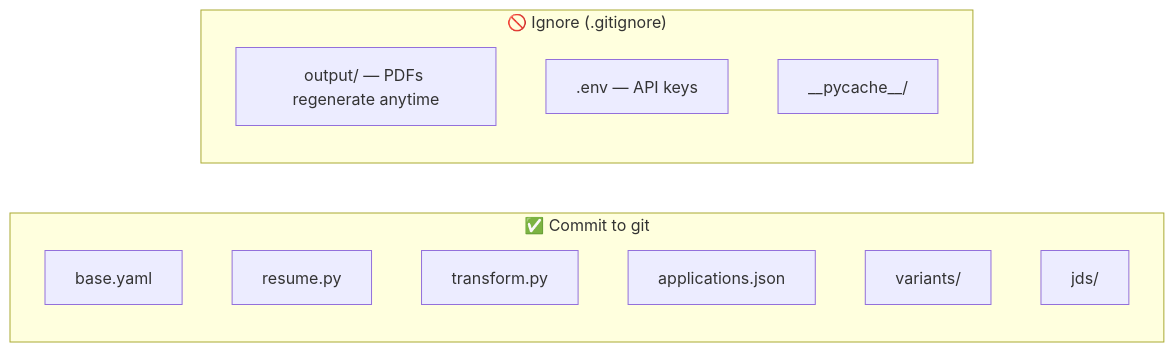
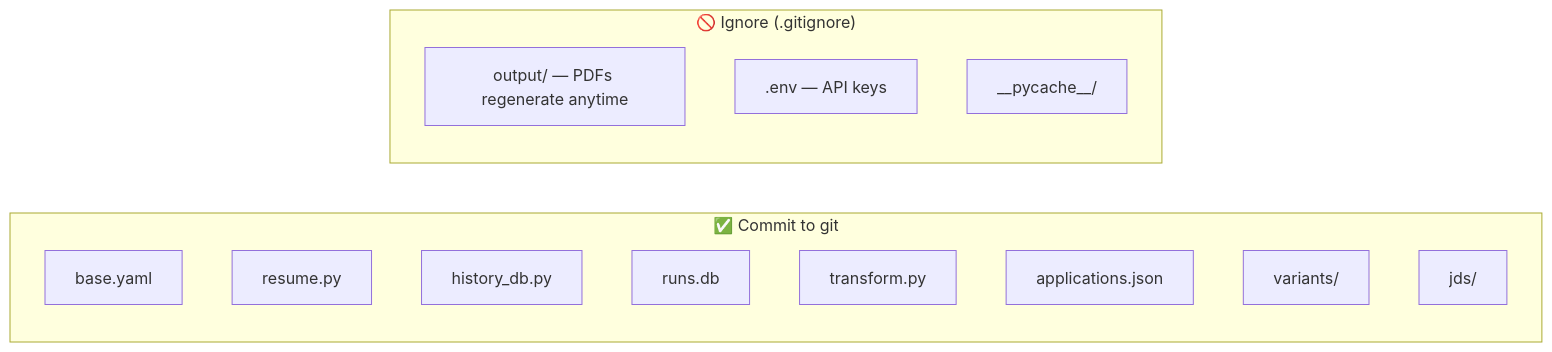
One commit to jxjwilliam/resume-generator changed the tenth of 10 diagrams in docs/overview.md. Above: the diagram before and after it, drawn with Mermaid. The commit also changed other lines of this file and 17 other files, not shown here.

````diff
--- a/docs/overview.md
+++ b/docs/overview.md
@@ -437,17 +439,19 @@
 ```mermaid
 flowchart LR
     subgraph Commit["✅ Commit to git"]
         C1["base.yaml"]
         C2["resume.py"]
-        C3["transform.py"]
-        C4["applications.json"]
-        C5["variants/"]
-        C6["jds/"]
+        C3["history_db.py"]
+        C4["runs.db"]
+        C5["transform.py"]
+        C6["applications.json"]
+        C7["variants/"]
+        C8["jds/"]
     end
 
     subgraph Ignore["🚫 Ignore (.gitignore)"]
         I1["output/ — PDFs regenerate anytime"]
         I2[".env — API keys"]
         I3["__pycache__/"]
     end
 ```
````
